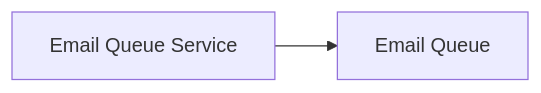
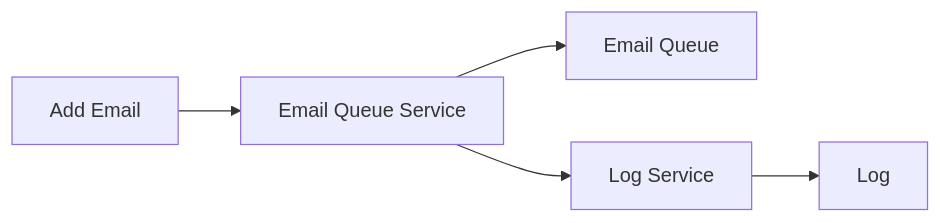
One commit to ad-developer/email-queue changed the first of 2 diagrams in README.md. Above: the diagram before and after it, drawn with Mermaid. The commit also changed other lines of this file and 5 other files, not shown here.

````diff
--- a/README.md
+++ b/README.md
@@ -4,5 +10,6 @@
 ```mermaid
 graph LR
-    emailService[Email Queue Service] --> emailQueue[Email Queue];
+    addEmail[Add Email] --> emailService[Email Queue Service] --> emailQueue[Email Queue];
+    emailService --> logService[Log Service] --> Log[Log]
    
 ```
````
